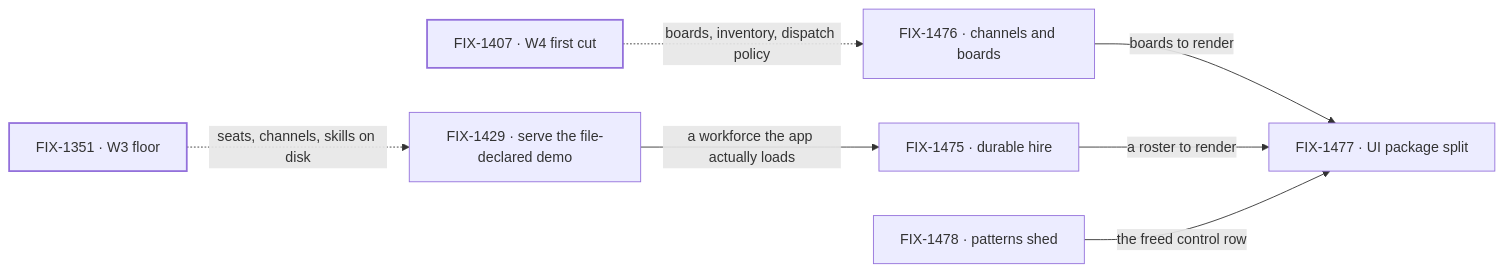
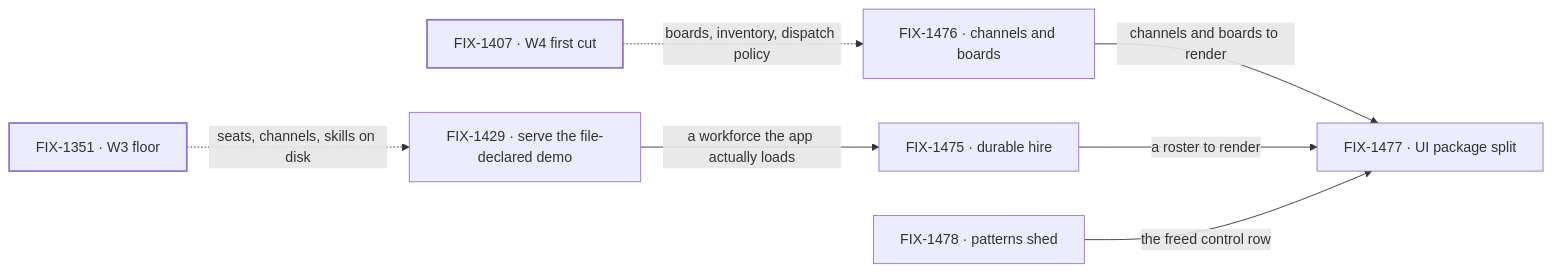
The diagram in specs/epics/FIX-1455/SPEC.md (fixpoint-labs/flow-state-dev), drawn with Mermaid before and after one commit. The commit also changed other lines of this file and 2 other files, not shown here.

````diff
--- a/specs/epics/FIX-1455/SPEC.md
+++ b/specs/epics/FIX-1455/SPEC.md
@@ -72,12 +80,12 @@
 ```mermaid
 flowchart LR
   A["FIX-1429 · serve the file-declared demo"] -->|"a workforce the app actually loads"| B["FIX-1475 · durable hire"]
-  C["FIX-1476 · channels and boards"] -->|"boards to render"| D["FIX-1477 · UI package split"]
+  C["FIX-1476 · channels and boards"] -->|"channels and boards to render"| D["FIX-1477 · UI package split"]
   B -->|"a roster to render"| D
   E["FIX-1478 · patterns shed"] -->|"the freed control row"| D
   W3["FIX-1351 · W3 floor"] -.->|"seats, channels, skills on disk"| A
   W4["FIX-1407 · W4 first cut"] -.->|"boards, inventory, dispatch policy"| C
   classDef done stroke-width:2px
   classDef proposed stroke-dasharray:4 3
   class W3,W4 done
 ```
````
